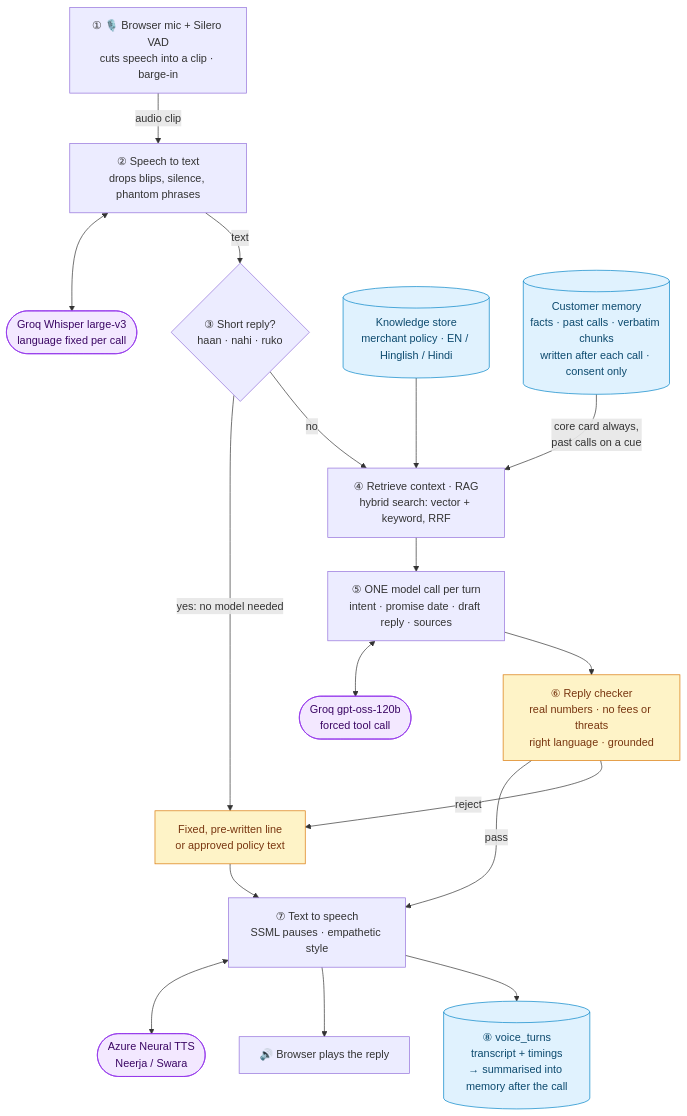
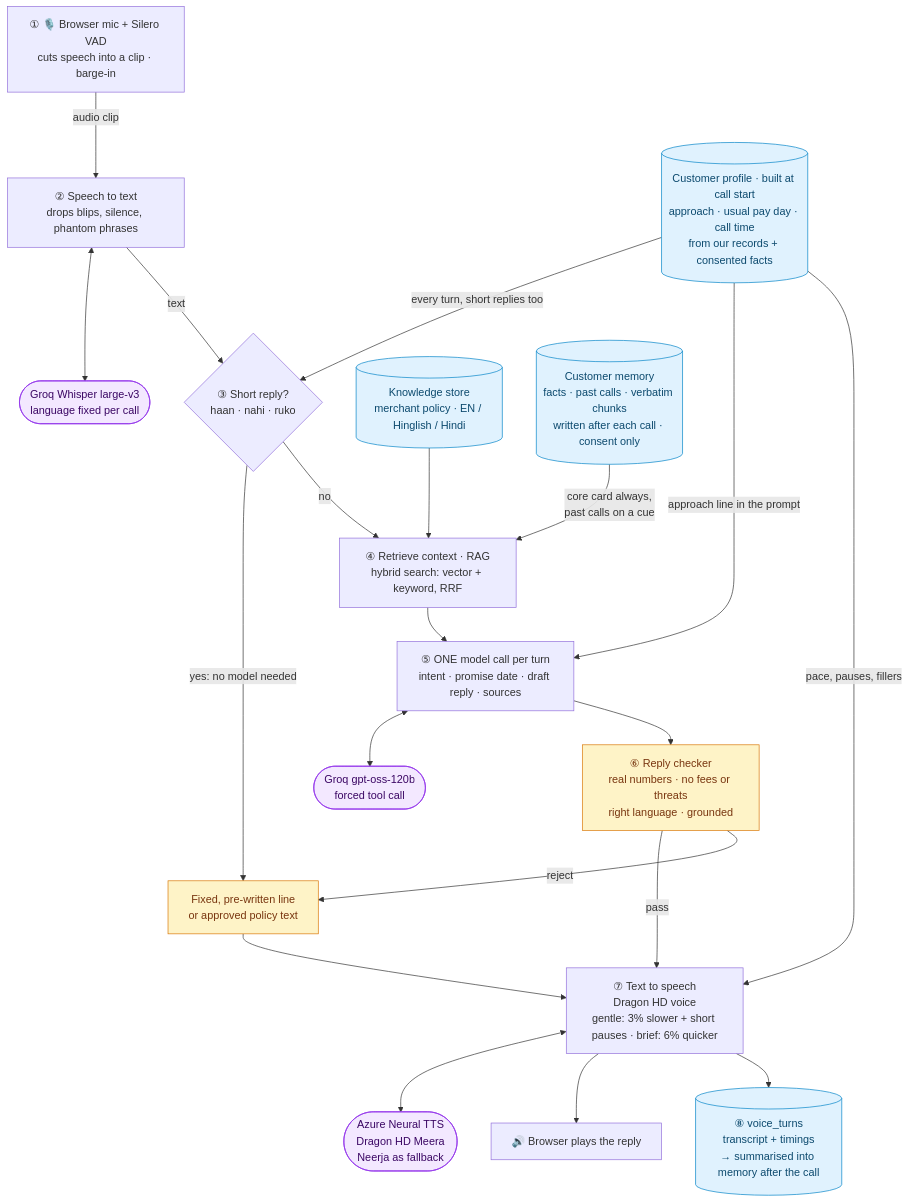
Before and after one commit to Lakshaykhatri231/Backstop: the fourth of 4 diagrams in README.md, drawn with Mermaid. The commit also changed other lines of this file and 20 other files, not shown here.

````diff
--- a/README.md
+++ b/README.md
@@ -387,43 +387,47 @@
 ```mermaid
 flowchart TD
     MIC["① 🎙️ Browser mic + Silero VAD<br/>cuts speech into a clip · barge-in"]
     STT["② Speech to text<br/>drops blips, silence, phantom phrases"]
     SR{"③ Short reply?<br/>haan · nahi · ruko"}
     RAG["④ Retrieve context · RAG<br/>hybrid search: vector + keyword, RRF"]
     LLM["⑤ ONE model call per turn<br/>intent · promise date · draft reply · sources"]
     CHK["⑥ Reply checker<br/>real numbers · no fees or threats<br/>right language · grounded"]
     FIX["Fixed, pre-written line<br/>or approved policy text"]
-    TTS["⑦ Text to speech<br/>SSML pauses · empathetic style"]
+    TTS["⑦ Text to speech<br/>Dragon HD voice<br/>gentle: 3% slower + short pauses · brief: 6% quicker"]
     PLAY["🔊 Browser plays the reply"]
     TURNS[("⑧ voice_turns<br/>transcript + timings<br/>→ summarised into memory after the call")]
+    PROF[("Customer profile · built at call start<br/>approach · usual pay day · call time<br/>from our records + consented facts")]
 
     W(["Groq Whisper large-v3<br/>language fixed per call"])
     KB[("Knowledge store<br/>merchant policy · EN / Hinglish / Hindi")]
     MEM[("Customer memory<br/>facts · past calls · verbatim chunks<br/>written after each call · consent only")]
     G(["Groq gpt-oss-120b<br/>forced tool call"])
-    AZ(["Azure Neural TTS<br/>Neerja / Swara"])
+    AZ(["Azure Neural TTS<br/>Dragon HD Meera<br/>Neerja as fallback"])
 
+    PROF -- "every turn, short replies too" --> SR
+    PROF -- "approach line in the prompt" --> LLM
+    PROF -- "pace, pauses, fillers" --> TTS
     MIC -- "audio clip" --> STT
     STT <--> W
     STT -- "text" --> SR
     SR -- "yes: no model needed" --> FIX
     SR -- no --> RAG
     KB --> RAG
     MEM -- "core card always,<br/>past calls on a cue" --> RAG
     RAG --> LLM
     LLM <--> G
     LLM --> CHK
     CHK -- pass --> TTS
     CHK -- reject --> FIX
     FIX --> TTS
     TTS <--> AZ
     TTS --> PLAY
     TTS --> TURNS
 
     classDef ext fill:#f3e8ff,stroke:#9333ea,color:#3b0764
     classDef store fill:#e0f2fe,stroke:#0284c7,color:#0c4a6e
     classDef guard fill:#fef3c7,stroke:#d97706,color:#78350f
     class W,G,AZ ext
-    class KB,MEM,TURNS store
+    class KB,MEM,TURNS,PROF store
     class CHK,FIX guard
 ```
````
